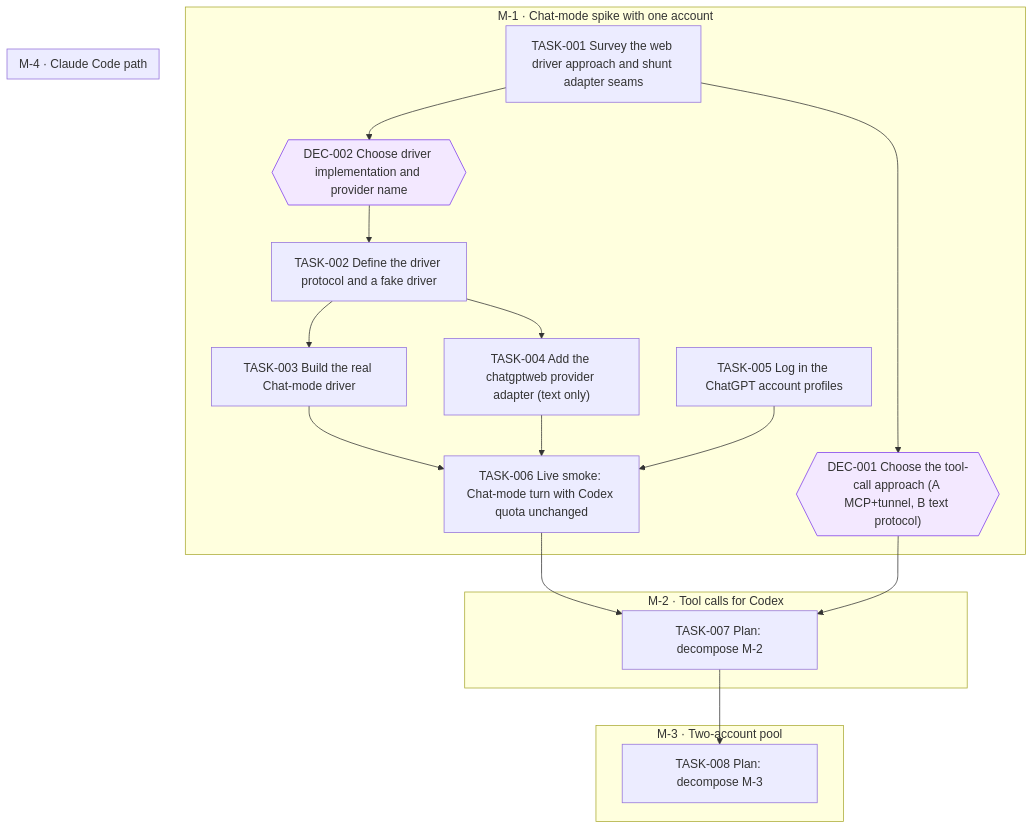
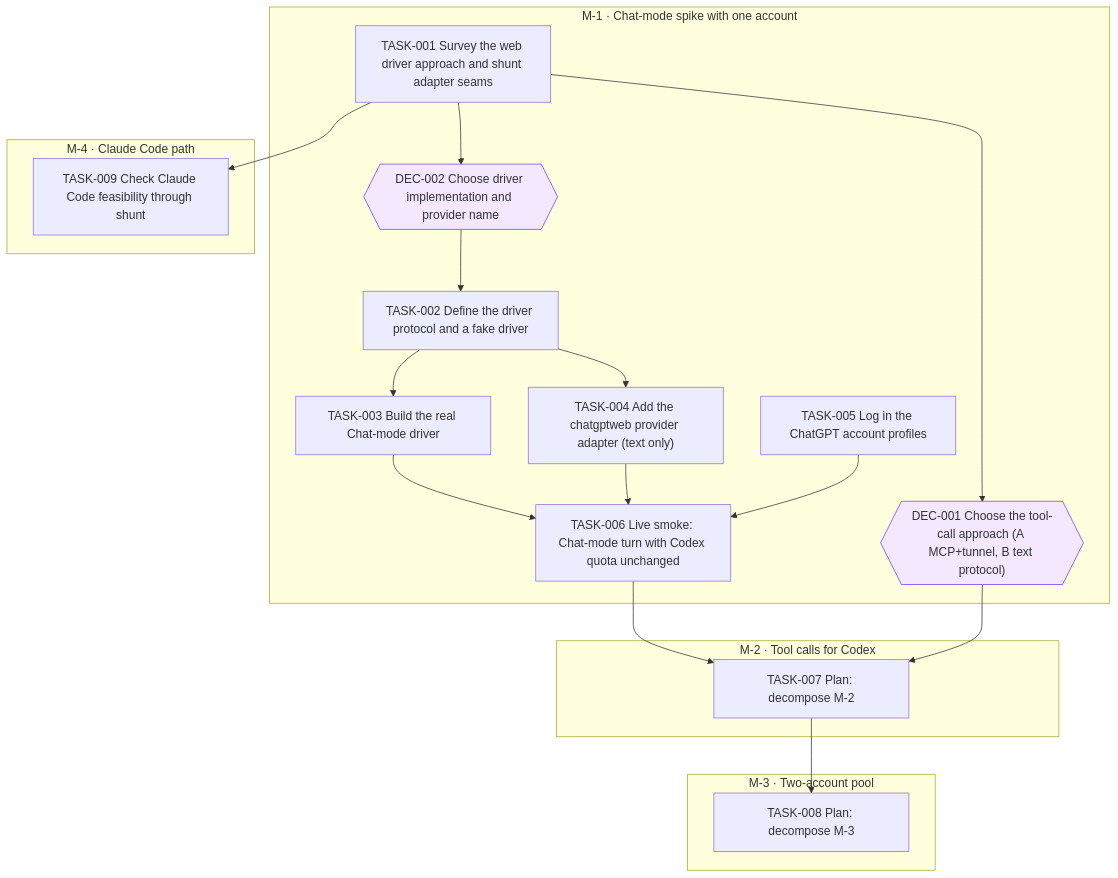
The diagram in goals/chatgptweb-provider/README.md (jesusvillota/shunt), drawn with Mermaid before and after one commit. The commit also changed 1 other file, not shown here.

Commit message:
goal(chatgptweb-provider): add TASK-009 Check Claude Code feasibility through shunt

````diff
--- a/goals/chatgptweb-provider/README.md
+++ b/goals/chatgptweb-provider/README.md
@@ -132,37 +132,39 @@
 ```mermaid
 flowchart TD
   subgraph M_1["M-1 · Chat-mode spike with one account"]
     DEC_001{{"DEC-001 Choose the tool-call approach (A MCP+tunnel, B text protocol)"}}
     DEC_002{{"DEC-002 Choose driver implementation and provider name"}}
     TASK_001["TASK-001 Survey the web driver approach and shunt adapter seams"]
     TASK_002["TASK-002 Define the driver protocol and a fake driver"]
     TASK_003["TASK-003 Build the real Chat-mode driver"]
     TASK_004["TASK-004 Add the chatgptweb provider adapter (text only)"]
     TASK_005["TASK-005 Log in the ChatGPT account profiles"]
     TASK_006["TASK-006 Live smoke: Chat-mode turn with Codex quota unchanged"]
   end
   subgraph M_2["M-2 · Tool calls for Codex"]
     TASK_007["TASK-007 Plan: decompose M-2"]
   end
   subgraph M_3["M-3 · Two-account pool"]
     TASK_008["TASK-008 Plan: decompose M-3"]
   end
   subgraph M_4["M-4 · Claude Code path"]
+    TASK_009["TASK-009 Check Claude Code feasibility through shunt"]
   end
   TASK_001 --> DEC_001
   TASK_001 --> DEC_002
   DEC_002 --> TASK_002
   TASK_002 --> TASK_003
   TASK_002 --> TASK_004
   TASK_003 --> TASK_006
   TASK_004 --> TASK_006
   TASK_005 --> TASK_006
   TASK_006 --> TASK_007
   DEC_001 --> TASK_007
   TASK_007 --> TASK_008
+  TASK_001 --> TASK_009
   classDef draft stroke-dasharray: 4 3
   classDef cancelled opacity:0.45
   classDef decision fill:#f3e8ff,stroke:#7c3aed
   class DEC_001 decision
   class DEC_002 decision
 ```
````
